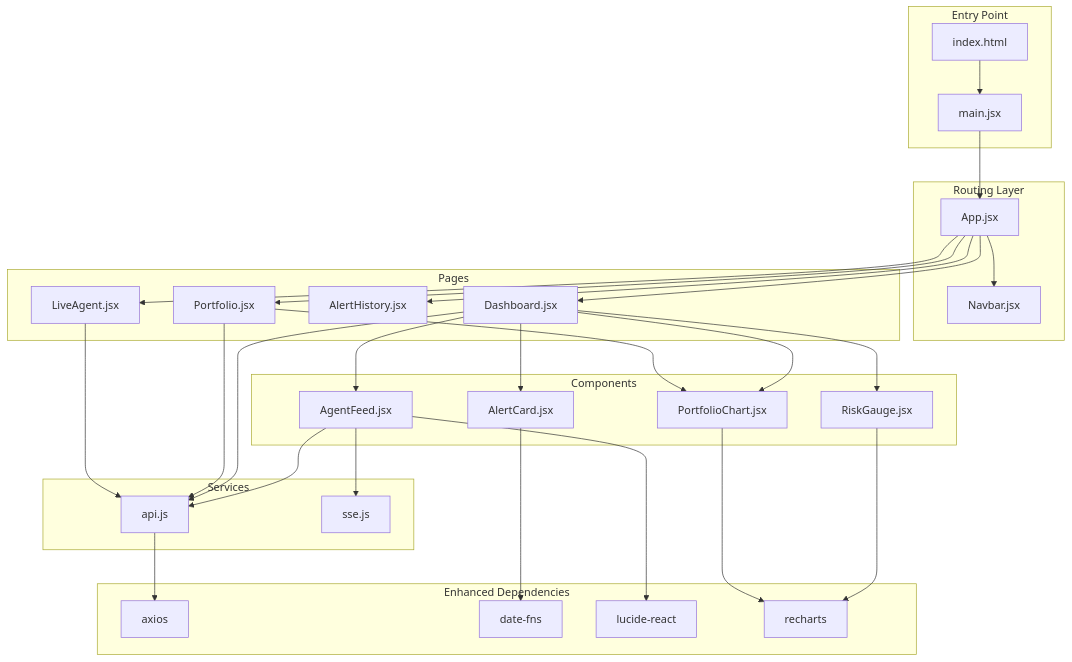
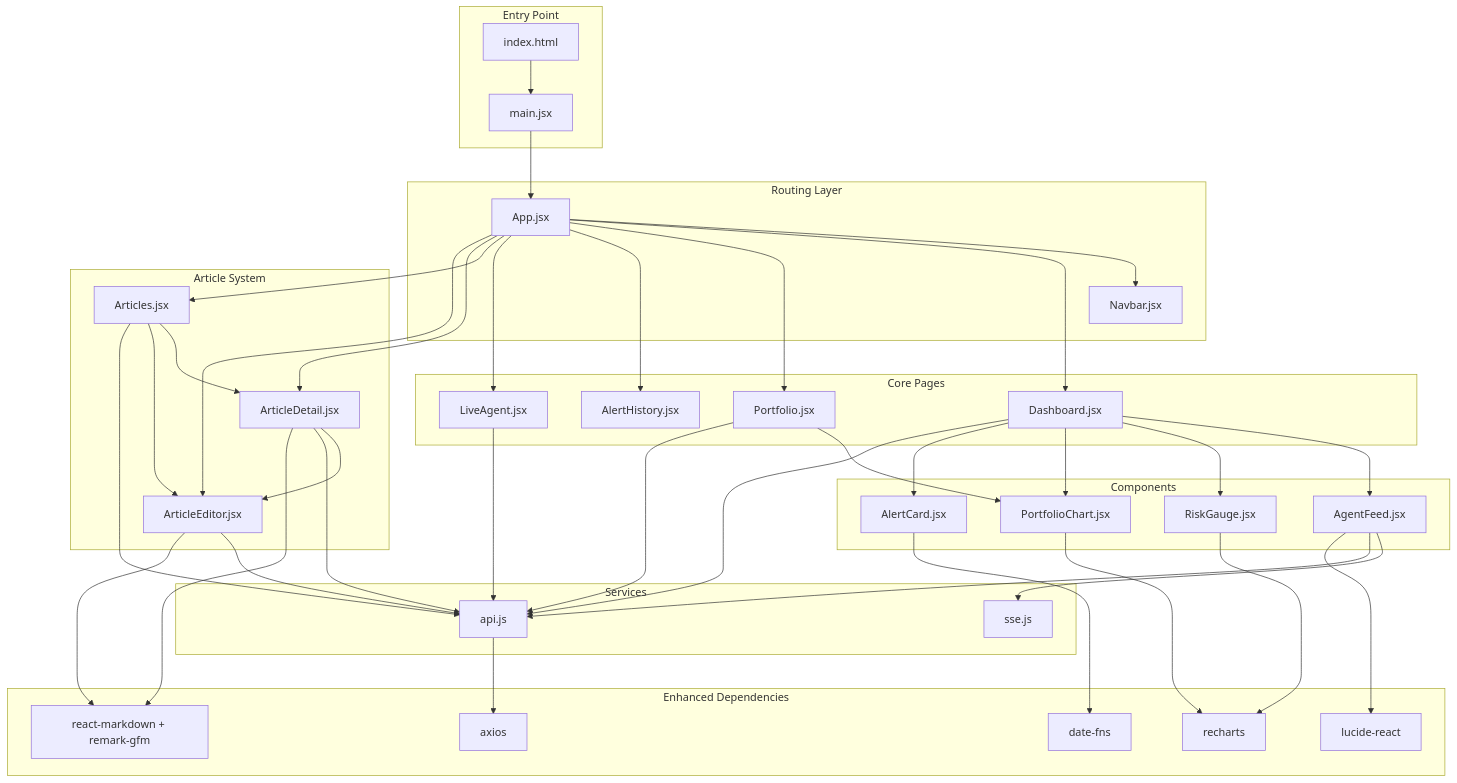
The first of 11 diagrams in .qoder/repowiki/en/content/Frontend Architecture/React Application Structure.md (ishwarambare/ishwarambare-app), drawn with Mermaid before and after one commit. The commit also changed other lines of this file and 10 other files, not shown here.

First line of the commit message:
docs(article): add comprehensive API and database documentation for Article Management

````diff
--- a/.qoder/repowiki/en/content/Frontend Architecture/React Application Structure.md
+++ b/.qoder/repowiki/en/content/Frontend Architecture/React Application Structure.md
@@ -59,55 +66,72 @@
 ```mermaid
 graph TB
 subgraph "Entry Point"
 HTML["index.html"]
 MAIN["main.jsx"]
 end
 subgraph "Routing Layer"
 APP["App.jsx"]
 NAV["Navbar.jsx"]
 end
-subgraph "Pages"
+subgraph "Core Pages"
 DASH["Dashboard.jsx"]
 PORT["Portfolio.jsx"]
 ALERTS["AlertHistory.jsx"]
 LIVE["LiveAgent.jsx"]
+end
+subgraph "Article System"
+ARTICLES["Articles.jsx"]
+DETAIL["ArticleDetail.jsx"]
+EDITOR["ArticleEditor.jsx"]
 end
 subgraph "Components"
 FEED["AgentFeed.jsx"]
 GAUGE["RiskGauge.jsx"]
 PCHART["PortfolioChart.jsx"]
 ACARD["AlertCard.jsx"]
 end
 subgraph "Services"
 API["api.js"]
 SSE["sse.js"]
 end
 subgraph "Enhanced Dependencies"
 AXIOS["axios"]
 DATEFNS["date-fns"]
 LUCIDE["lucide-react"]
 RECHARTS["recharts"]
+MARKDOWN["react-markdown + remark-gfm"]
 end
 HTML --> MAIN
 MAIN --> APP
 APP --> NAV
 APP --> DASH
 APP --> PORT
 APP --> ALERTS
 APP --> LIVE
+APP --> ARTICLES
+APP --> DETAIL
+APP --> EDITOR
 DASH --> FEED
 DASH --> GAUGE
 DASH --> PCHART
 DASH --> ACARD
 PORT --> PCHART
+ARTICLES --> DETAIL
+ARTICLES --> EDITOR
+DETAIL --> EDITOR
 FEED --> SSE
 FEED --> API
 DASH --> API
 PORT --> API
 LIVE --> API
+ARTICLES --> API
+DETAIL --> API
+EDITOR --> API
 API --> AXIOS
 ACARD --> DATEFNS
 FEED --> LUCIDE
 GAUGE --> RECHARTS
 PCHART --> RECHARTS
+DETAIL --> MARKDOWN
+EDITOR --> MARKDOWN
 ```
````
